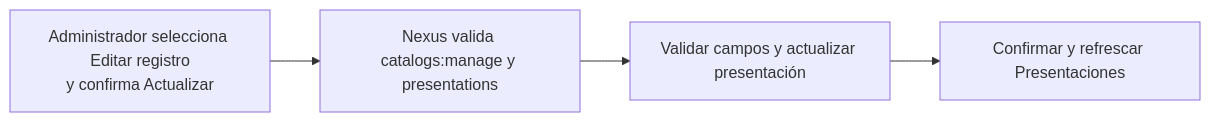
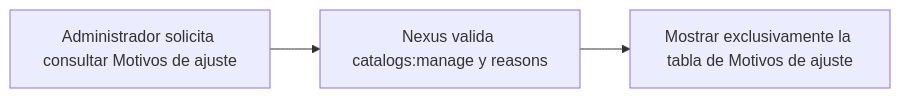
One commit to gpgsistemas01/nexus changed the diagram in docs/requirements/diagrams/catalogs/cu-cat-39.md. Above: the diagram before and after it, drawn with Mermaid. The commit also changed other lines of this file and 126 other files, not shown here.

````diff
--- a/docs/requirements/diagrams/catalogs/cu-cat-39.md
+++ b/docs/requirements/diagrams/catalogs/cu-cat-39.md
@@ -3,6 +3,5 @@
 ```mermaid
 flowchart LR
-    request["Administrador selecciona Editar registro<br/>y confirma Actualizar"] --> authorize["Nexus valida catalogs:manage y presentations"]
-    authorize --> persist["Validar campos y actualizar presentación"]
-    persist --> result["Confirmar y refrescar Presentaciones"]
+    request["Administrador solicita consultar Motivos de ajuste"] --> authorize["Nexus valida catalogs:manage y reasons"]
+    authorize --> result["Mostrar exclusivamente la tabla de Motivos de ajuste"]
 ```
````
